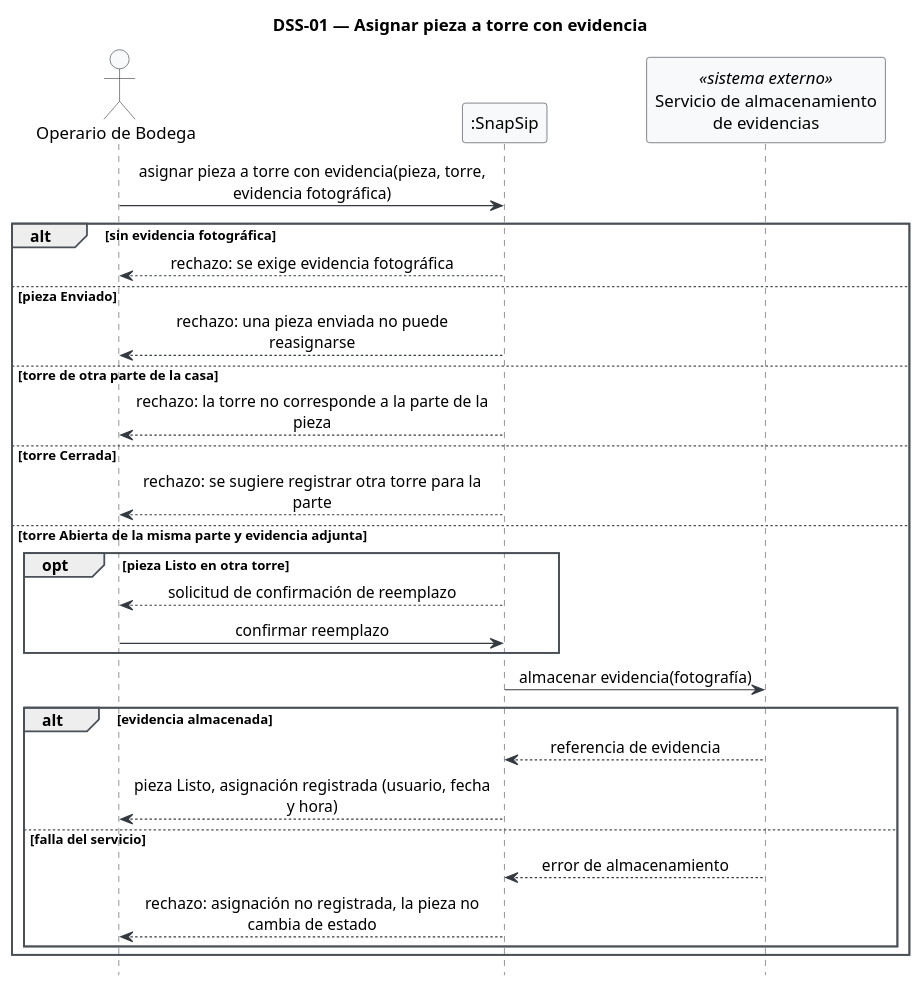
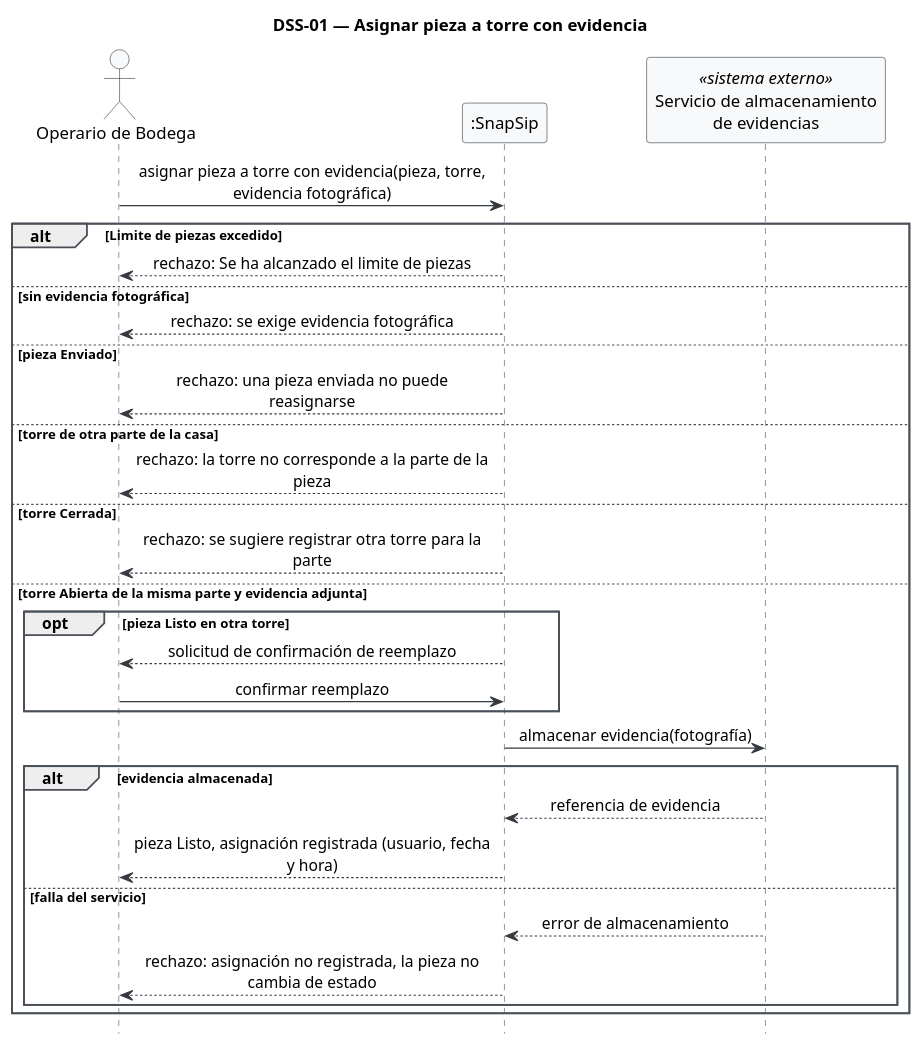
One commit to Foyzen-Kaze/snapsip changed the diagram in diagramas/dss-01.puml. Above: the diagram before and after it, drawn with PlantUML. The commit also changed 6 other files, not shown here.

Commit message:
diagramas de estado y secuencia actualizados

```diff
--- a/diagramas/dss-01.puml
+++ b/diagramas/dss-01.puml
@@ -1,44 +1,48 @@
 @startuml dss-01
 title DSS-01 — Asignar pieza a torre con evidencia
 hide footbox
 skinparam shadowing false
 skinparam sequenceMessageAlign center
 skinparam maxMessageSize 300
 skinparam sequence {
   ArrowColor #343A40
   LifeLineBorderColor #495057
   ParticipantBackgroundColor #F8F9FA
   ParticipantBorderColor #343A40
   ActorBackgroundColor #F8F9FA
   ActorBorderColor #343A40
   GroupBorderColor #495057
 }
 
 actor "Operario de Bodega" as OP
 participant ":SnapSip" as SS
 participant "Servicio de almacenamiento\nde evidencias" as ALM <<sistema externo>>
 
+
 OP -> SS : asignar pieza a torre con evidencia(pieza, torre, evidencia fotográfica)
-alt sin evidencia fotográfica
+
+alt Limite de piezas excedido
+  SS --> OP : rechazo: Se ha alcanzado el limite de piezas
+else sin evidencia fotográfica
   SS --> OP : rechazo: se exige evidencia fotográfica
 else pieza Enviado
   SS --> OP : rechazo: una pieza enviada no puede reasignarse
 else torre de otra parte de la casa
   SS --> OP : rechazo: la torre no corresponde a la parte de la pieza
 else torre Cerrada
   SS --> OP : rechazo: se sugiere registrar otra torre para la parte
 else torre Abierta de la misma parte y evidencia adjunta
   opt pieza Listo en otra torre
     SS --> OP : solicitud de confirmación de reemplazo
     OP -> SS : confirmar reemplazo
   end
   SS -> ALM : almacenar evidencia(fotografía)
   alt evidencia almacenada
     ALM --> SS : referencia de evidencia
     SS --> OP : pieza Listo, asignación registrada (usuario, fecha y hora)
   else falla del servicio
     ALM --> SS : error de almacenamiento
     SS --> OP : rechazo: asignación no registrada, la pieza no cambia de estado
   end
 end
 @enduml
```
